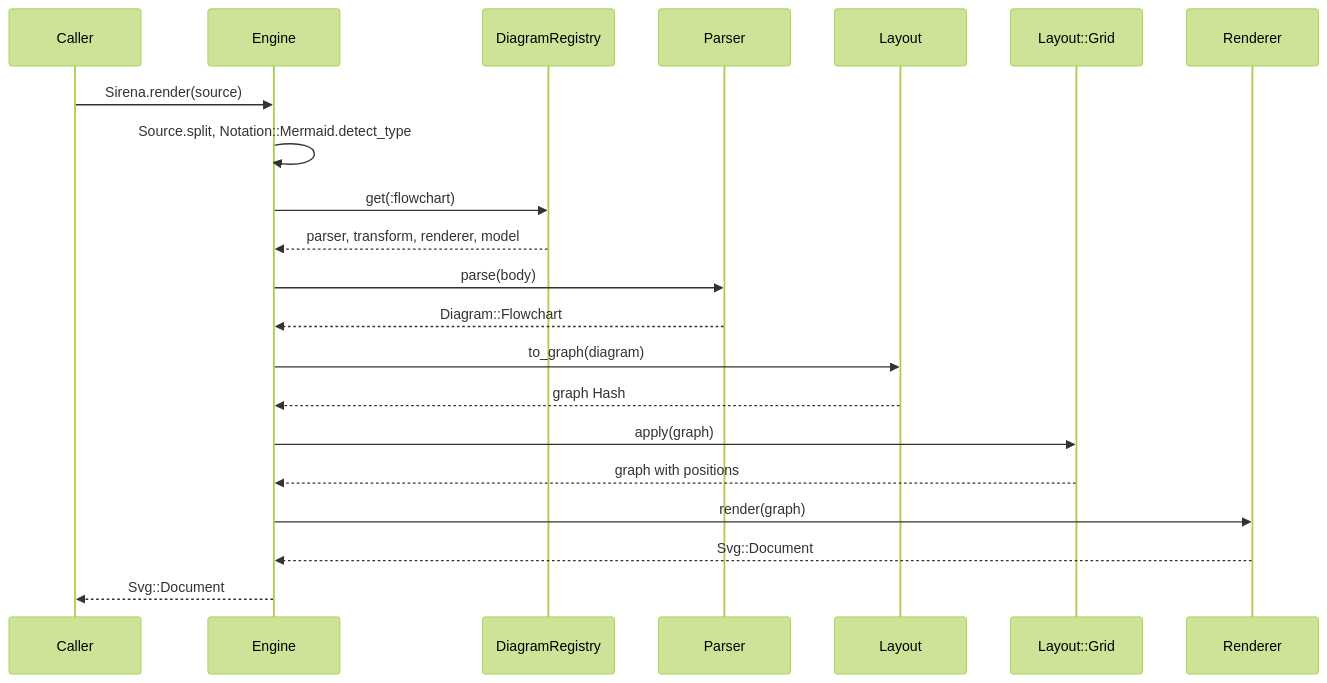
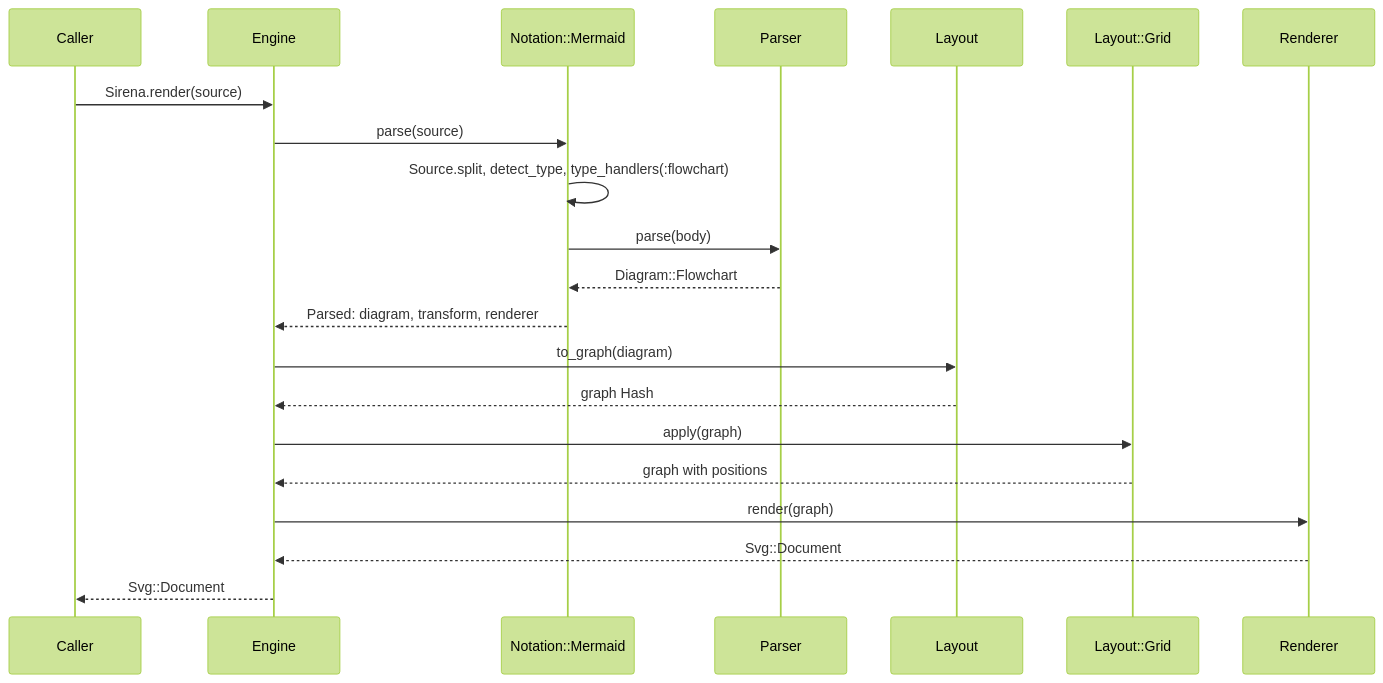
The second of 3 diagrams in ARCHITECTURE.md (claricle/sirena), drawn with Mermaid (forest theme) before and after one commit. The commit also changed other lines of this file, not shown here.

Commit message:
describe Notation::Mermaid.parse in the render flow

````diff
--- a/ARCHITECTURE.md
+++ b/ARCHITECTURE.md
@@ -526,23 +526,23 @@
 ```mermaid
 sequenceDiagram
     participant U as Caller
     participant E as Engine
-    participant R as DiagramRegistry
+    participant N as Notation::Mermaid
     participant P as Parser
     participant T as Layout
     participant L as Layout::Grid
     participant D as Renderer
     U->>E: Sirena.render(source)
-    E->>E: Source.split, Notation::Mermaid.detect_type
-    E->>R: get(:flowchart)
-    R-->>E: parser, transform, renderer, model
-    E->>P: parse(body)
-    P-->>E: Diagram::Flowchart
+    E->>N: parse(source)
+    N->>N: Source.split, detect_type, type_handlers(:flowchart)
+    N->>P: parse(body)
+    P-->>N: Diagram::Flowchart
+    N-->>E: Parsed: diagram, transform, renderer
     E->>T: to_graph(diagram)
     T-->>E: graph Hash
     E->>L: apply(graph)
     L-->>E: graph with positions
     E->>D: render(graph)
     D-->>E: Svg::Document
     E-->>U: Svg::Document#to_xml string
 ```
````
